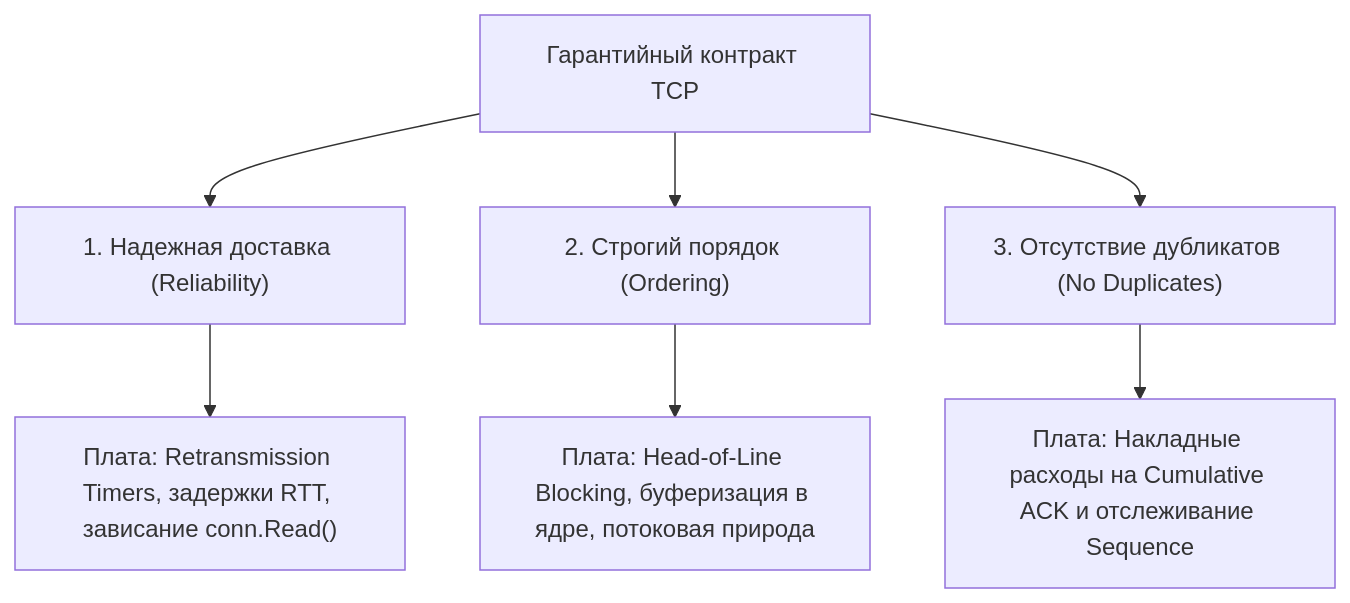
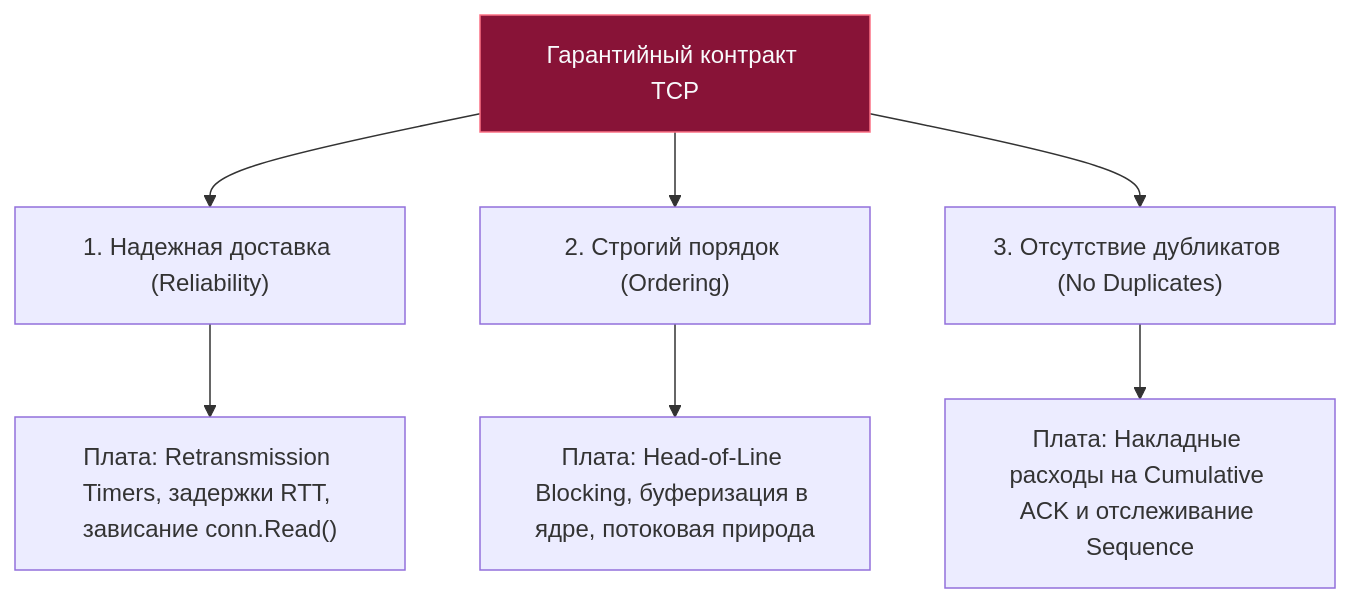
One commit to UnrealTemplier/go-textbook changed the second of 4 diagrams in sources/3. Компьютерные сети и сетевой стек/10. TCP. Устройство, гарантии и жизненный цикл соединения.md. Above: the diagram before and after it, drawn with Mermaid. The commit also changed other lines of this file and 1666 other files, not shown here.

First line of the commit message:
feat(mermaid): add semantic color classDef to 1369 colorless flowchart/graph diagrams

````diff
--- a/sources/3. Компьютерные сети и сетевой стек/10. TCP. Устройство, гарантии и жизненный цикл соединения.md
+++ b/sources/3. Компьютерные сети и сетевой стек/10. TCP. Устройство, гарантии и жизненный цикл соединения.md
@@ -119,16 +129,26 @@
 ```mermaid
 flowchart TD
-    Contract["Гарантийный контракт TCP"]
+    classDef process  fill:#1e293b,stroke:#38bdf8,stroke-width:1px,color:#f8fafc
+    classDef success  fill:#064e3b,stroke:#34d399,stroke-width:1px,color:#f8fafc
+    classDef error    fill:#7f1d1d,stroke:#f87171,stroke-width:1px,color:#f8fafc
+    classDef warning  fill:#78350f,stroke:#fbbf24,stroke-width:1px,color:#f8fafc
+    classDef entry    fill:#1e3a5f,stroke:#38bdf8,stroke-width:2px,color:#f8fafc
+    classDef aux      fill:#334155,stroke:#64748b,stroke-width:1px,color:#f8fafc
+    classDef system   fill:#312e81,stroke:#a78bfa,stroke-width:1px,color:#f8fafc
+    classDef data     fill:#132d29,stroke:#2dd4bf,stroke-width:1px,color:#f8fafc
+    classDef network  fill:#881337,stroke:#fb7185,stroke-width:1px,color:#f8fafc
+    classDef accent   fill:#1e1b4b,stroke:#818cf8,stroke-width:1px,color:#f8fafc
+    Contract["Гарантийный контракт TCP"]:::network
     
     Rel["1. Надежная доставка (Reliability)"]
     Ord["2. Строгий порядок (Ordering)"]
     NoDup["3. Отсутствие дубликатов (No Duplicates)"]
 
     Contract --> Rel
     Contract --> Ord
     Contract --> NoDup
 
     Rel --> CostRel["Плата: Retransmission Timers, задержки RTT, зависание conn.Read()"]
     Ord --> CostOrd["Плата: Head-of-Line Blocking, буферизация в ядре, потоковая природа"]
     NoDup --> CostNoDup["Плата: Накладные расходы на Cumulative ACK и отслеживание Sequence"]
 ```
````
